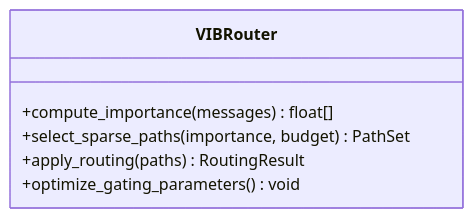
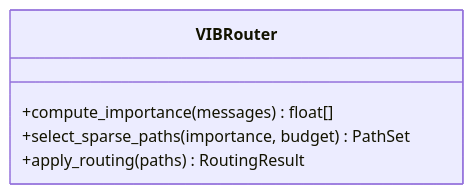
The fifth of 9 diagrams in .qoder/repowiki/zh/content/核心架构/实验框架/HumanEval基准测试.md (QuStarry/VIB-SparseCommunication), drawn with Mermaid before and after one commit. The commit also changed other lines of this file and 31 other files, not shown here.

````diff
--- a/.qoder/repowiki/zh/content/核心架构/实验框架/HumanEval基准测试.md
+++ b/.qoder/repowiki/zh/content/核心架构/实验框架/HumanEval基准测试.md
@@ -174,9 +181,8 @@
 ```mermaid
 classDiagram
 class VIBRouter {
 +compute_importance(messages) float[]
 +select_sparse_paths(importance, budget) PathSet
 +apply_routing(paths) RoutingResult
-+optimize_gating_parameters() void
 }
 ```
````
